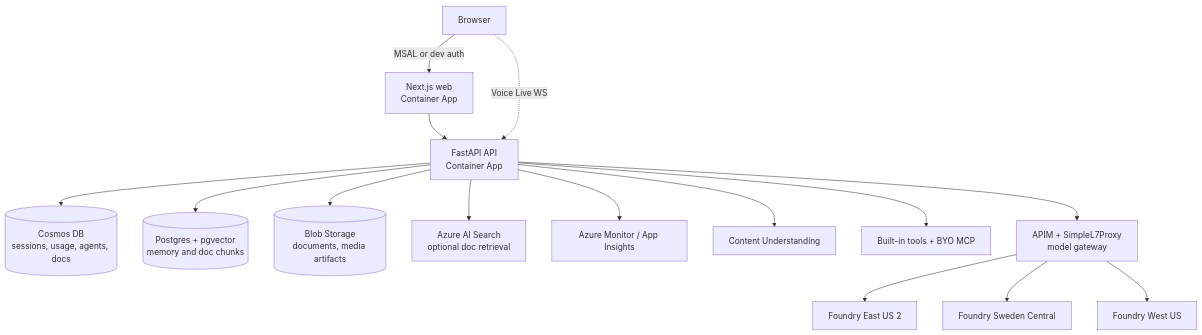
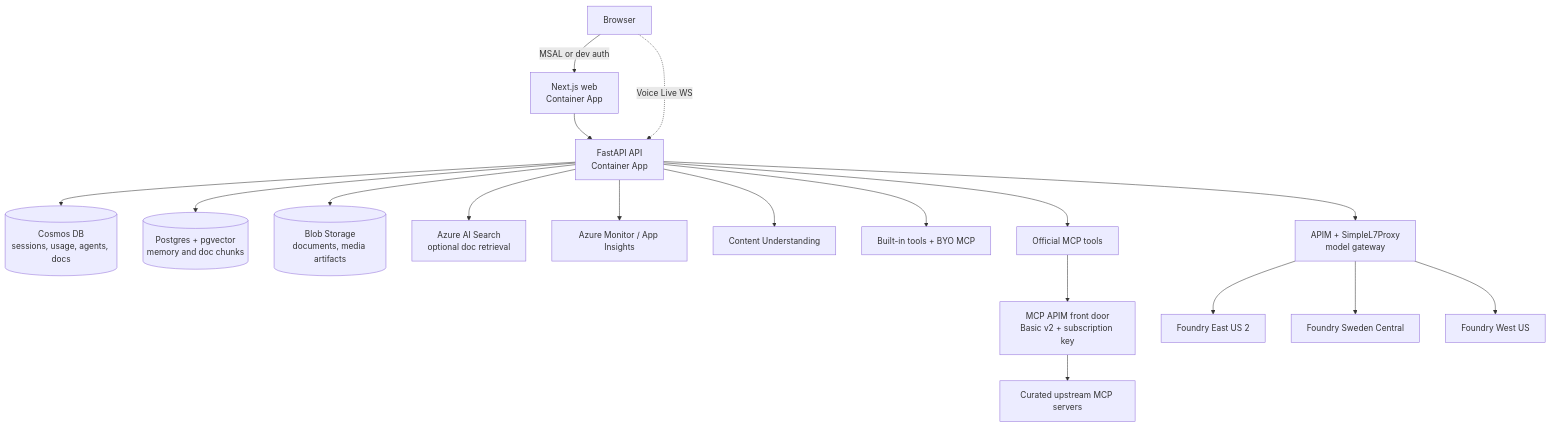
One commit to ian-t-adams/AI4IA changed the diagram in docs/architecture.md. Above: the diagram before and after it, drawn with Mermaid. The commit also changed other lines of this file and 2 other files, not shown here.

First line of the commit message:
Document official MCP plane (Phase 4 docs)

````diff
--- a/docs/architecture.md
+++ b/docs/architecture.md
@@ -11,17 +11,20 @@
 ```mermaid
 flowchart TB
   User[Browser] -->|MSAL or dev auth| Web[Next.js web<br/>Container App]
   Web --> API[FastAPI API<br/>Container App]
   User -. Voice Live WS .-> API
   API --> Cosmos[(Cosmos DB<br/>sessions, usage, agents, docs)]
   API --> Pg[(Postgres + pgvector<br/>memory and doc chunks)]
   API --> Blob[(Blob Storage<br/>documents, media artifacts)]
   API --> Search[Azure AI Search<br/>optional doc retrieval]
   API --> Monitor[Azure Monitor / App Insights]
   API --> CU[Content Understanding]
   API --> Tools[Built-in tools + BYO MCP]
+  API --> OffMCP[Official MCP tools]
+  OffMCP --> MCPGW[MCP APIM front door<br/>Basic v2 + subscription key]
+  MCPGW --> MCPUp[Curated upstream MCP servers]
   API --> GW[APIM + SimpleL7Proxy<br/>model gateway]
   GW --> EUS2[Foundry East US 2]
   GW --> SWC[Foundry Sweden Central]
   GW --> WUS[Foundry West US]
 ```
````
